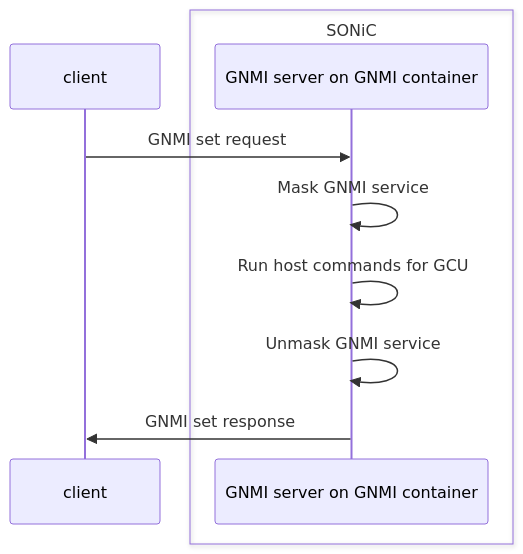
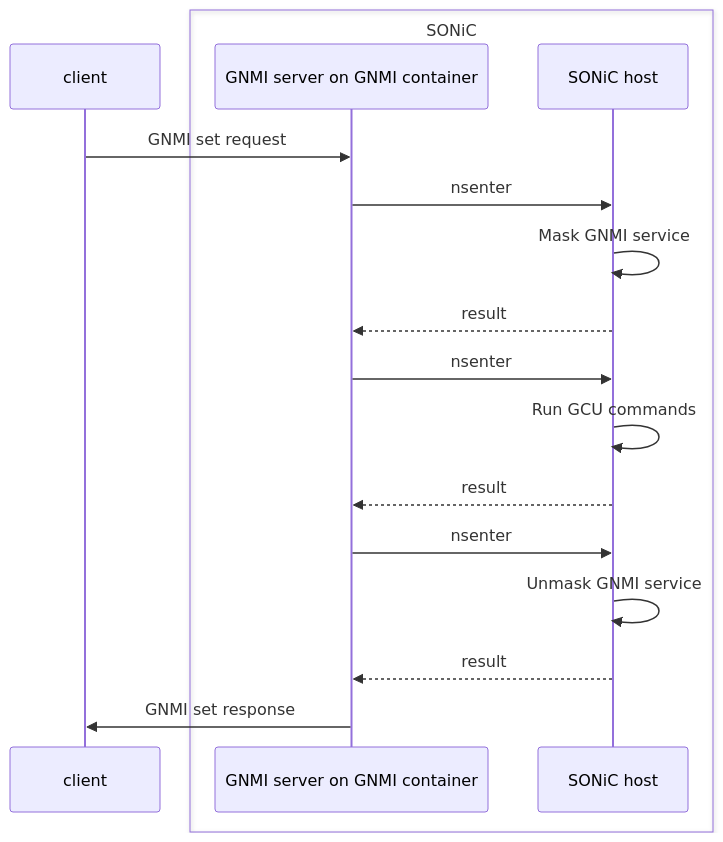
Before and after one commit to ganglyu/mermaid: the diagram in gnmi_new_mode.md, drawn with Mermaid.

````diff
--- a/gnmi_new_mode.md
+++ b/gnmi_new_mode.md
@@ -1,12 +1,19 @@
 ```mermaid
 sequenceDiagram
     participant client
     box SONiC
         participant GNMI server on GNMI container
+        participant SONiC host
     end
     client->>GNMI server on GNMI container: GNMI set request
-    GNMI server on GNMI container->>GNMI server on GNMI container: Mask GNMI service
-    GNMI server on GNMI container->>GNMI server on GNMI container: Run host commands for GCU
-    GNMI server on GNMI container->>GNMI server on GNMI container: Unmask GNMI service
+    GNMI server on GNMI container->>SONiC host: nsenter
+    SONiC host->>SONiC host: Mask GNMI service
+    SONiC host-->>GNMI server on GNMI container: result
+    GNMI server on GNMI container->>SONiC host: nsenter
+    SONiC host->>SONiC host: Run GCU commands
+    SONiC host-->>GNMI server on GNMI container: result
+    GNMI server on GNMI container->>SONiC host: nsenter
+    SONiC host->>SONiC host: Unmask GNMI service
+    SONiC host-->>GNMI server on GNMI container: result
     GNMI server on GNMI container->>client: GNMI set response
 ```
````
